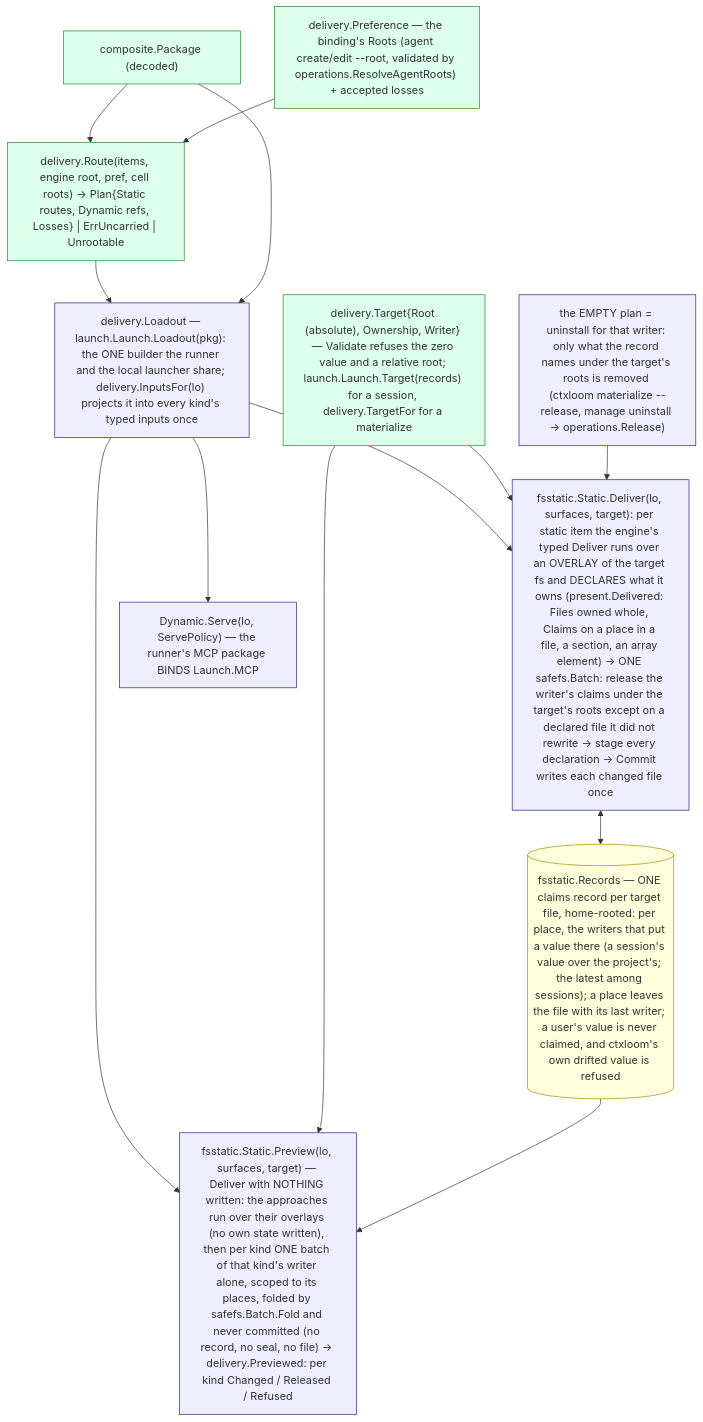
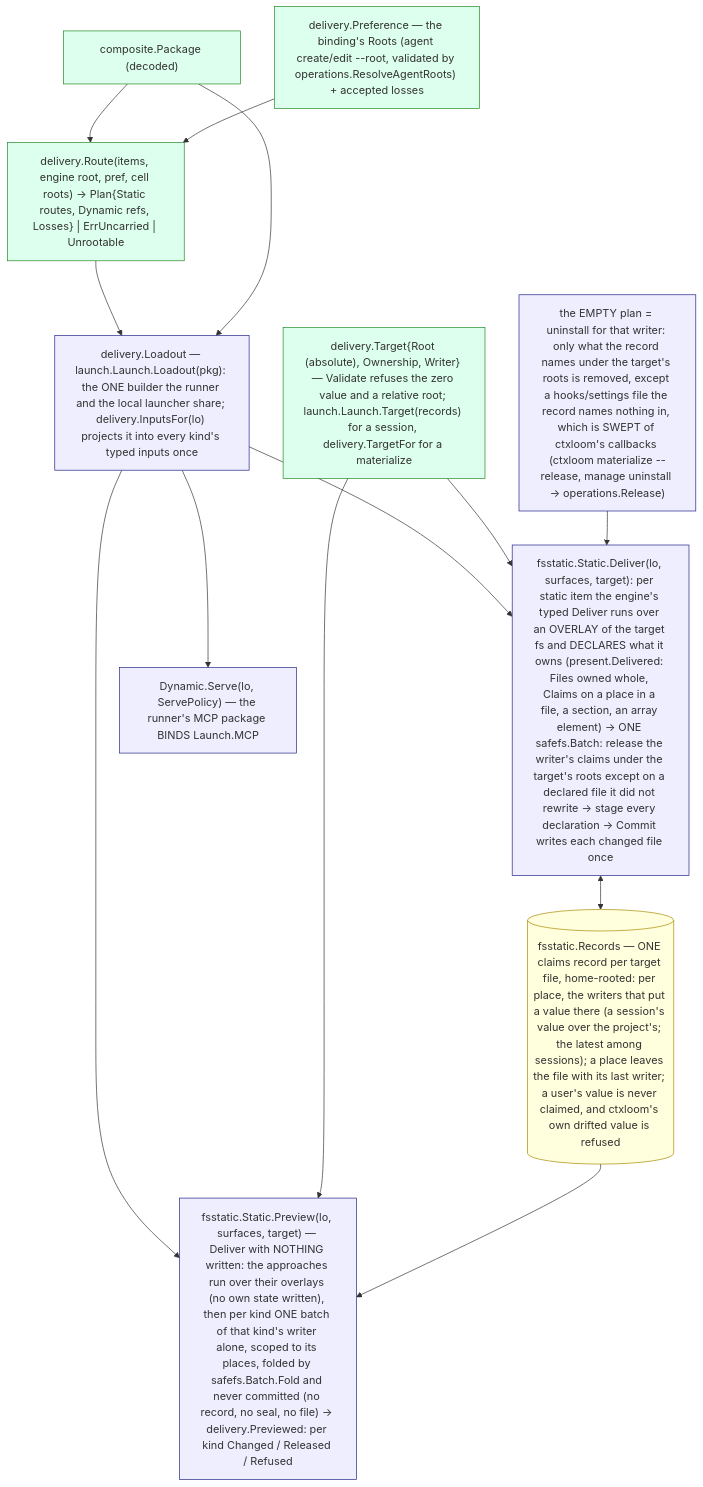
Before and after one commit to ctxloom/ctxloom: the diagram in docs/architecture/core/delivery.md, drawn with Mermaid. The commit also changed other lines of this file and 11 other files, not shown here.

First line of the commit message:
fix(fsstatic): a release with no record sweeps ctxloom's callbacks from a clone's settings

````diff
--- a/docs/architecture/core/delivery.md
+++ b/docs/architecture/core/delivery.md
@@ -12,30 +12,30 @@
 ```mermaid
 flowchart TB
     classDef decide fill:#dfe,stroke:#282
     classDef consume fill:#eef,stroke:#228
     classDef store fill:#ffd,stroke:#a80
 
     PKG["composite.Package (decoded)"]:::decide
     PREF["delivery.Preference — the binding's Roots (agent create/edit --root, validated by operations.ResolveAgentRoots) + accepted losses"]:::decide
     ROUTE["delivery.Route(items, engine root, pref, cell roots) → Plan{Static routes, Dynamic refs, Losses} | ErrUncarried | Unrootable"]:::decide
     LO["delivery.Loadout — launch.Launch.Loadout(pkg): the ONE builder the runner and the local launcher share; delivery.InputsFor(lo) projects it into every kind's typed inputs once"]:::consume
     TGT["delivery.Target{Root (absolute), Ownership, Writer} — Validate refuses the zero value and a relative root; launch.Launch.Target(records) for a session, delivery.TargetFor for a materialize"]:::decide
     STATIC["fsstatic.Static.Deliver(lo, surfaces, target): per static item the engine's typed Deliver runs over an OVERLAY of the target fs and DECLARES what it owns (present.Delivered: Files owned whole, Claims on a place in a file, a section, an array element) → ONE safefs.Batch: release the writer's claims under the target's roots except on a declared file it did not rewrite → stage every declaration → Commit writes each changed file once"]:::consume
     PREVIEW["fsstatic.Static.Preview(lo, surfaces, target) — Deliver with NOTHING written: the approaches run over their overlays (no own state written), then per kind ONE batch of that kind's writer alone, scoped to its places, folded by safefs.Batch.Fold and never committed (no record, no seal, no file) → delivery.Previewed: per kind Changed / Released / Refused"]:::consume
     REC[("fsstatic.Records — ONE claims record per target file, home-rooted: per place, the writers that put a value there (a session's value over the project's; the latest among sessions); a place leaves the file with its last writer; a user's value is never claimed, and ctxloom's own drifted value is refused")]:::store
     DYN["Dynamic.Serve(lo, ServePolicy) — the runner's MCP package BINDS Launch.MCP"]:::consume
-    EMPTY["the EMPTY plan = uninstall for that writer: only what the record names under the target's roots is removed (ctxloom materialize --release, manage uninstall → operations.Release)"]:::consume
+    EMPTY["the EMPTY plan = uninstall for that writer: only what the record names under the target's roots is removed, except a hooks/settings file the record names nothing in, which is SWEPT of ctxloom's callbacks (ctxloom materialize --release, manage uninstall → operations.Release)"]:::consume
 
     PKG --> ROUTE
     PREF --> ROUTE
     ROUTE --> LO
     PKG --> LO
     LO --> STATIC
     TGT --> STATIC
     STATIC <--> REC
     LO --> PREVIEW
     TGT --> PREVIEW
     REC --> PREVIEW
     LO --> DYN
     EMPTY --> STATIC
 ```
````
